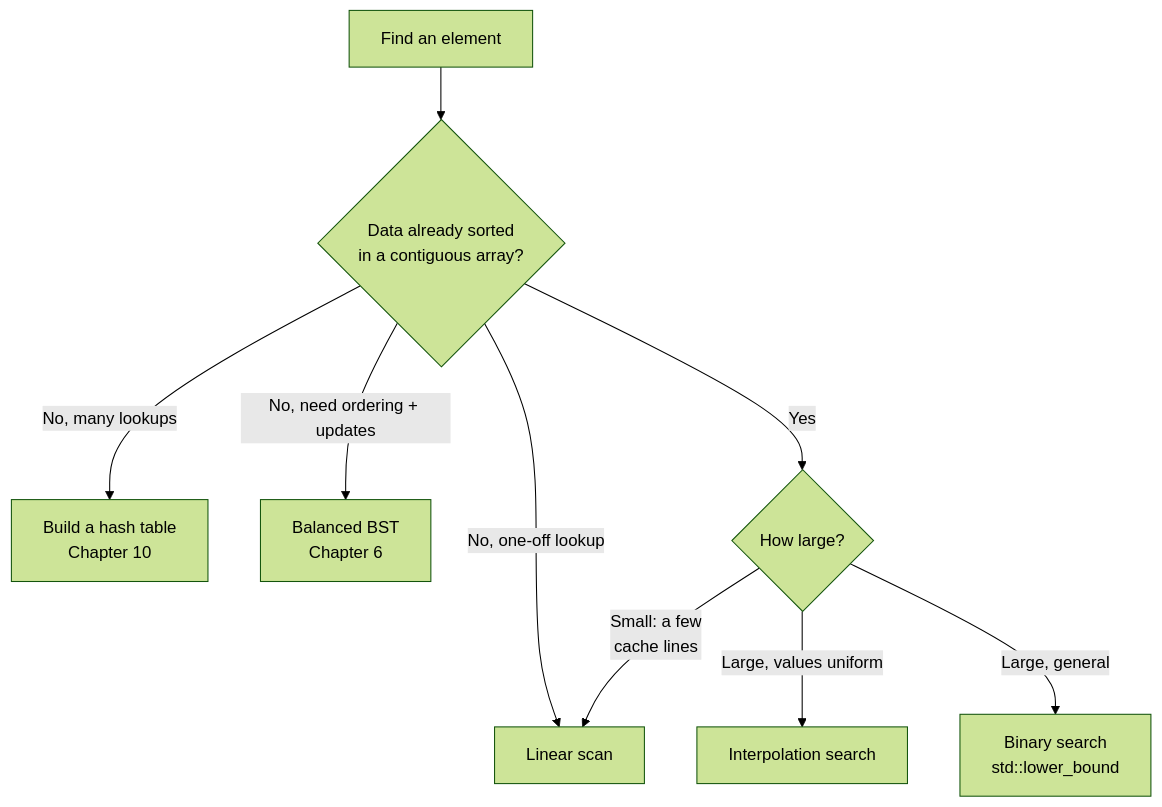
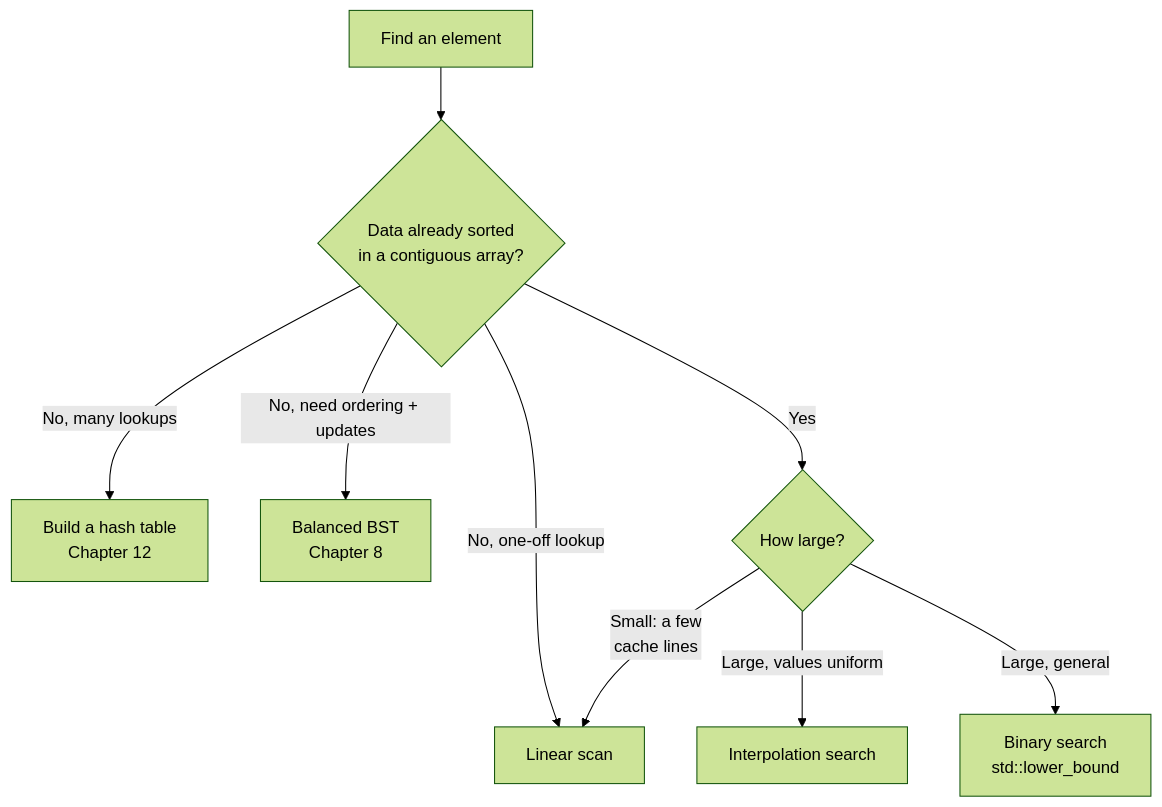
The diagram in chapters/searching-algorithms.md (sb2k16/data-structures-book), drawn with Mermaid (forest theme) before and after one commit. The commit also changed other lines of this file and 15 other files, not shown here.

````diff
--- a/chapters/searching-algorithms.md
+++ b/chapters/searching-algorithms.md
@@ -657,11 +657,11 @@
 ```mermaid
 flowchart TD
     A[Find an element] --> B{Data already sorted<br/>in a contiguous array?}
     B -->|No, one-off lookup| C[Linear scan]
-    B -->|No, many lookups| D[Build a hash table<br/>Chapter 10]
-    B -->|No, need ordering + updates| E[Balanced BST<br/>Chapter 6]
+    B -->|No, many lookups| D[Build a hash table<br/>Chapter 12]
+    B -->|No, need ordering + updates| E[Balanced BST<br/>Chapter 8]
     B -->|Yes| F{How large?}
     F -->|Small: a few<br/>cache lines| C
     F -->|Large, values uniform| G[Interpolation search]
     F -->|Large, general| H[Binary search<br/>std::lower_bound]
 ```
````
